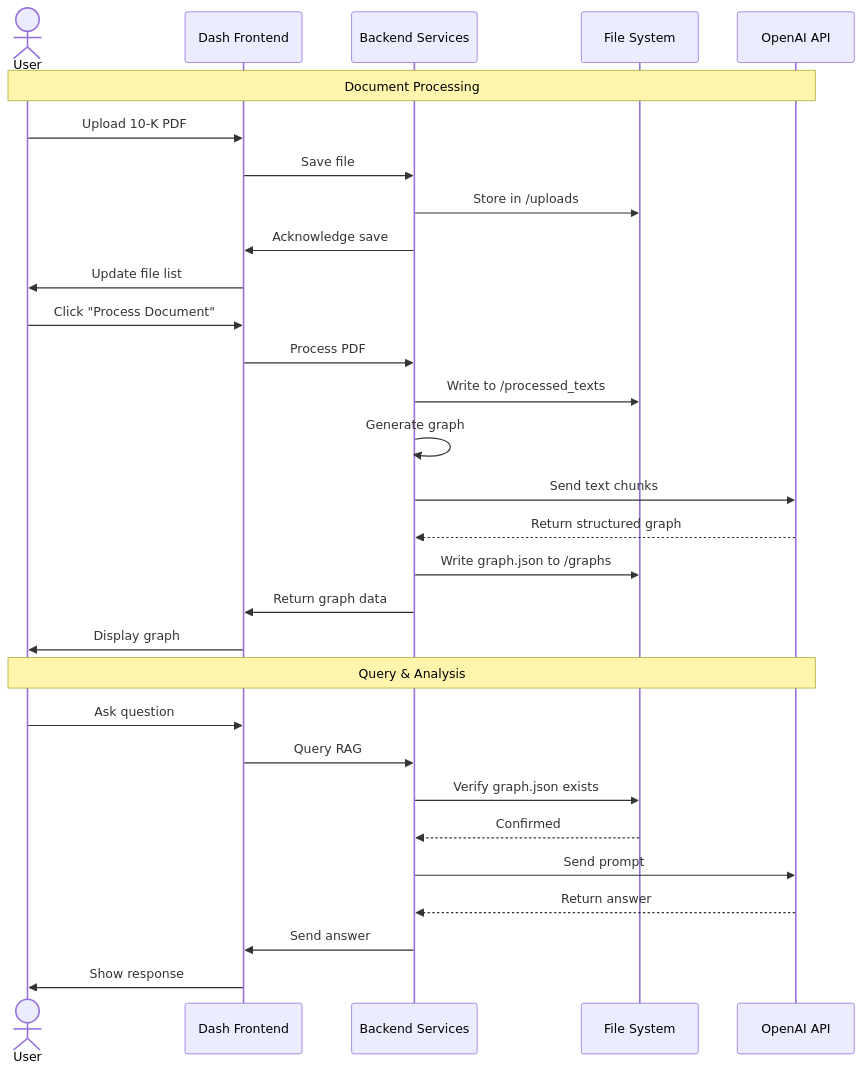
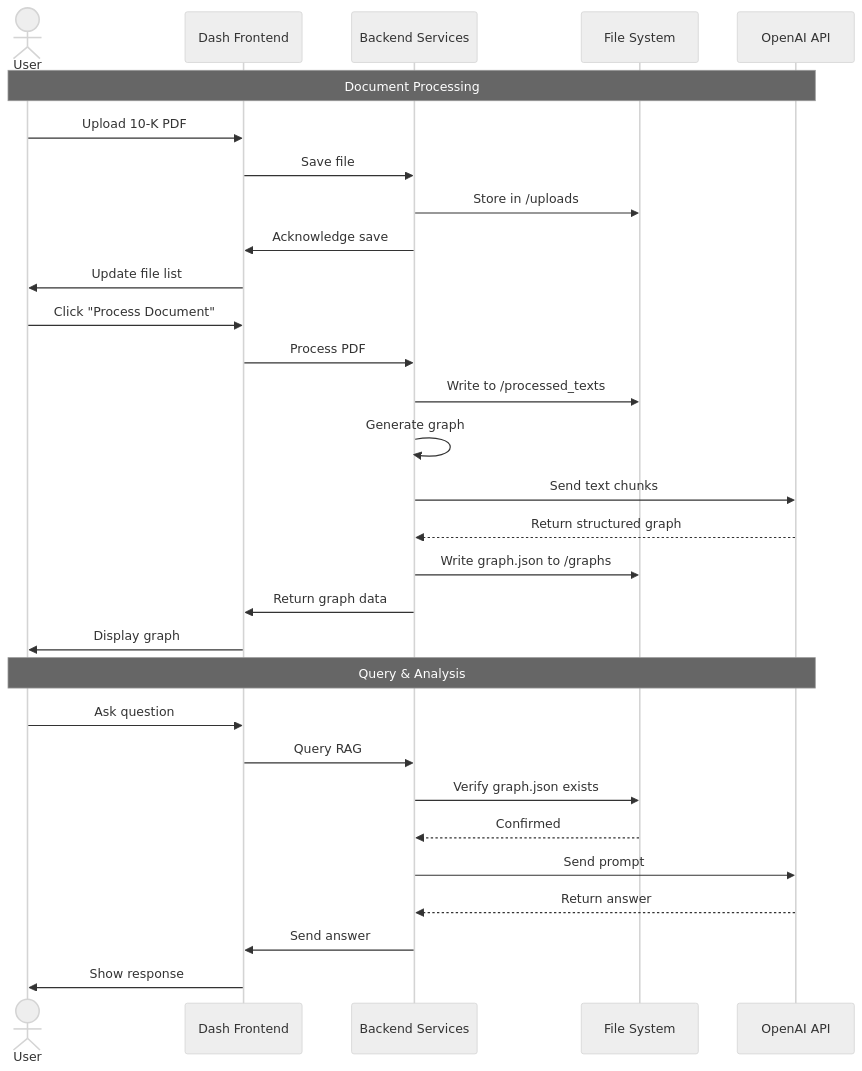
The second of 2 diagrams in README.md (Rogan-afk/Fom10k_Graph_RAG_Analyzer), drawn with Mermaid before and after one commit. The commit also changed other lines of this file, not shown here.

````diff
--- a/README.md
+++ b/README.md
@@ -117,35 +122,36 @@
 ```mermaid
+%%{init: {'theme': 'neutral', 'themeVariables': { 'background': 'white' }}}%%
 sequenceDiagram
     actor User
     participant App as Dash Frontend
-    participant Services as Backend Services
+    participant S as Backend Services
     participant Cache as File System
     participant OpenAI as OpenAI API
 
     Note over User,OpenAI: Document Processing
     User->>App: Upload 10-K PDF
-    App->>Services: Save file
-    Services->>Cache: Store in /uploads
-    Services->>App: Acknowledge save
+    App->>S: Save file
+    S->>Cache: Store in /uploads
+    S->>App: Acknowledge save
     App->>User: Update file list
 
     User->>App: Click "Process Document"
-    App->>Services: Process PDF
-    Services->>Cache: Write to /processed_texts
-    Services->>Services: Generate graph
-    Services->>OpenAI: Send text chunks
-    OpenAI-->>Services: Return structured graph
-    Services->>Cache: Write graph.json to /graphs
-    Services->>App: Return graph data
+    App->>S: Process PDF
+    S->>Cache: Write to /processed_texts
+    S->>S: Generate graph
+    S->>OpenAI: Send text chunks
+    OpenAI-->>S: Return structured graph
+    S->>Cache: Write graph.json to /graphs
+    S->>App: Return graph data
     App->>User: Display graph
 
     Note over User,OpenAI: Query & Analysis
     User->>App: Ask question
-    App->>Services: Query RAG
-    Services->>Cache: Verify graph.json exists
-    Cache-->>Services: Confirmed
-    Services->>OpenAI: Send prompt
-    OpenAI-->>Services: Return answer
-    Services->>App: Send answer
+    App->>S: Query RAG
+    S->>Cache: Verify graph.json exists
+    Cache-->>S: Confirmed
+    S->>OpenAI: Send prompt
+    OpenAI-->>S: Return answer
+    S->>App: Send answer
     App->>User: Show response
 ```
````
